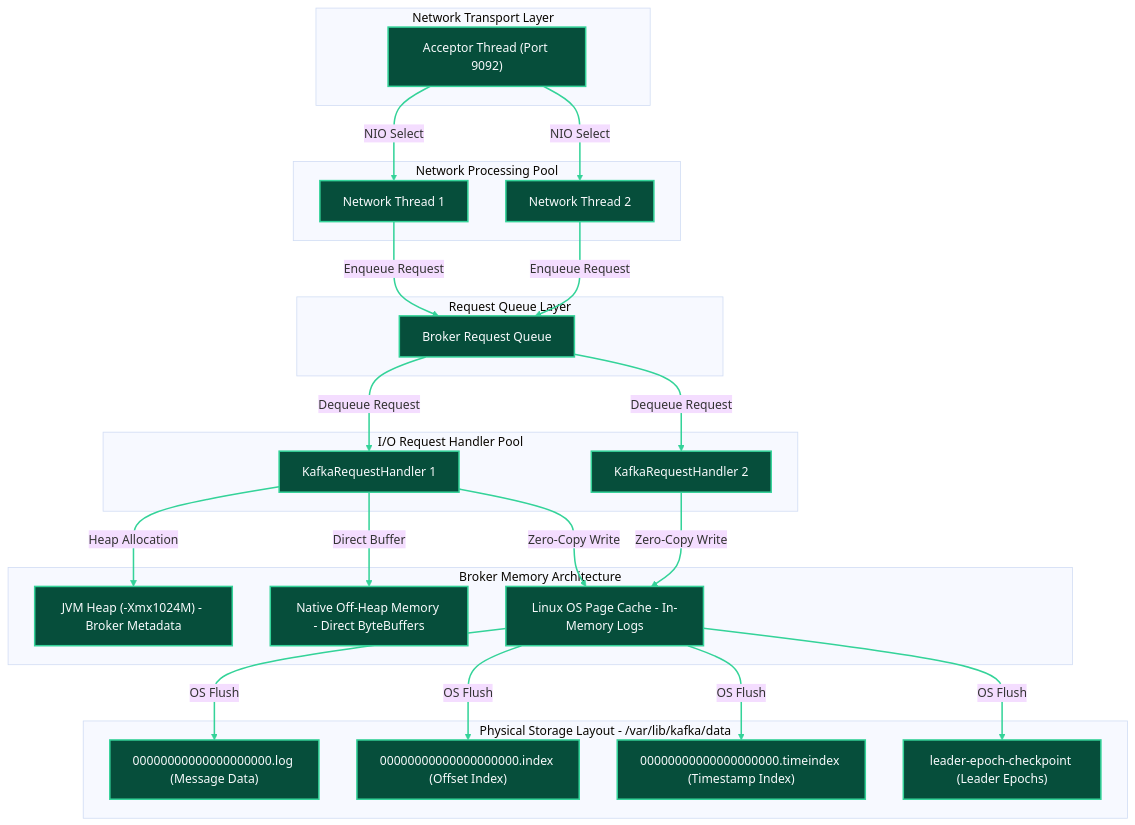
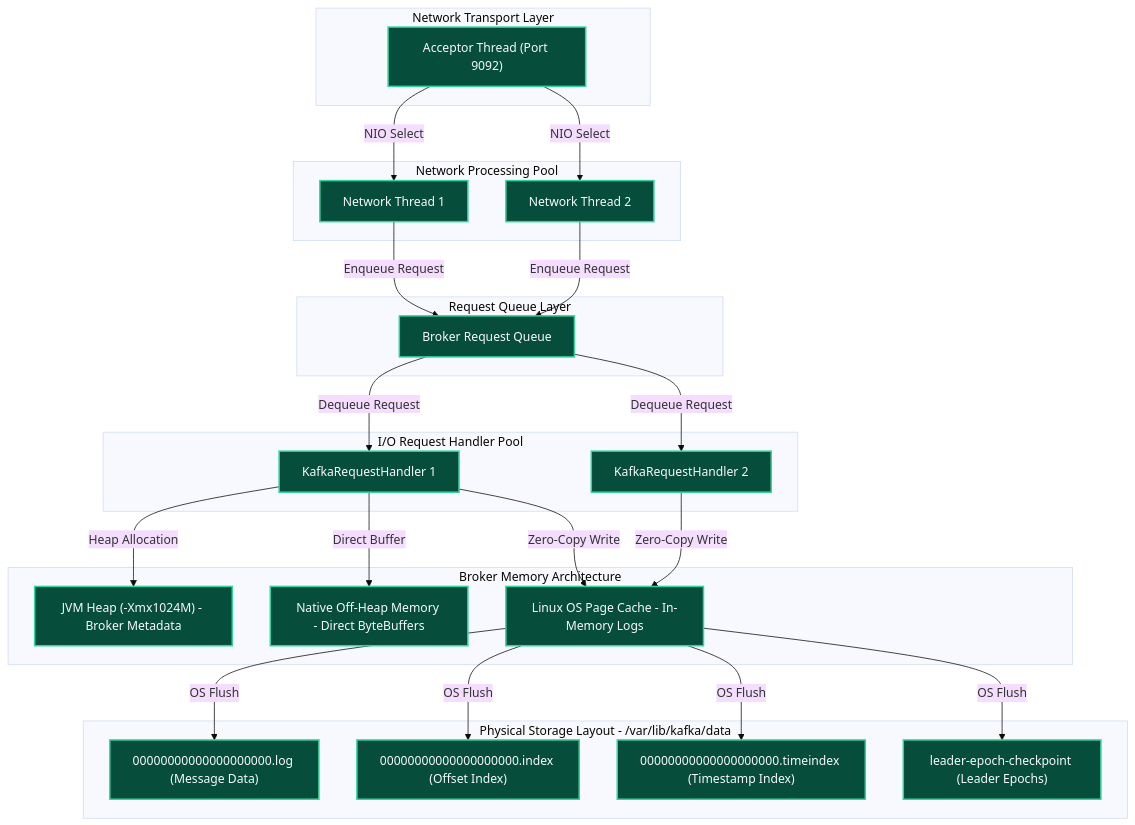
One commit to Chief-Strategist-J/llm-obs-infra changed the fourth of 24 diagrams in docs/configDoc/kafka-configuration-guide.md. Above: the diagram before and after it, drawn with Mermaid (base theme). The commit also changed other lines of this file, not shown here.

Commit message:
fix(kafka-docs): remove linkStyle directives and replace ampersands in Mermaid diagrams to eliminate GitHub rendering crashes

````diff
--- a/docs/configDoc/kafka-configuration-guide.md
+++ b/docs/configDoc/kafka-configuration-guide.md
@@ -558,68 +545,66 @@
 ```mermaid
 graph TB
     subgraph AcceptorLayer ["Network Transport Layer"]
         Acceptor["Acceptor Thread (Port 9092)"]
     end
 
     subgraph NetworkThreadPool ["Network Processing Pool"]
         NetThread1["Network Thread 1"]
         NetThread2["Network Thread 2"]
     end
 
     subgraph RequestQueueLayer ["Request Queue Layer"]
         RequestQueue["Broker Request Queue"]
     end
 
     subgraph HandlerThreadPool ["I/O Request Handler Pool"]
         IOThread1["KafkaRequestHandler 1"]
         IOThread2["KafkaRequestHandler 2"]
     end
 
     subgraph MemoryArchitecture ["Broker Memory Architecture"]
         JVMHeap["JVM Heap (-Xmx1024M) - Broker Metadata"]
         NativeMem["Native Off-Heap Memory - Direct ByteBuffers"]
         PageCache["Linux OS Page Cache - In-Memory Logs"]
     end
 
     subgraph StorageLayout ["Physical Storage Layout - /var/lib/kafka/data"]
         LogFile["00000000000000000000.log (Message Data)"]
         IndexFile["00000000000000000000.index (Offset Index)"]
         TimeIndex["00000000000000000000.timeindex (Timestamp Index)"]
         EpochFile["leader-epoch-checkpoint (Leader Epochs)"]
     end
 
     Acceptor -->|NIO Select| NetThread1
     Acceptor -->|NIO Select| NetThread2
 
     NetThread1 -->|Enqueue Request| RequestQueue
     NetThread2 -->|Enqueue Request| RequestQueue
 
     RequestQueue -->|Dequeue Request| IOThread1
     RequestQueue -->|Dequeue Request| IOThread2
 
     IOThread1 -->|Heap Allocation| JVMHeap
     IOThread1 -->|Direct Buffer| NativeMem
     IOThread1 -->|Zero-Copy Write| PageCache
     IOThread2 -->|Zero-Copy Write| PageCache
 
     PageCache -->|OS Flush| LogFile
     PageCache -->|OS Flush| IndexFile
     PageCache -->|OS Flush| TimeIndex
     PageCache -->|OS Flush| EpochFile
 
     style Acceptor fill:#064e3b,stroke:#34d399,stroke-width:2px,color:#f8fafc
     style NetThread1 fill:#064e3b,stroke:#34d399,stroke-width:2px,color:#f8fafc
     style NetThread2 fill:#064e3b,stroke:#34d399,stroke-width:2px,color:#f8fafc
     style RequestQueue fill:#064e3b,stroke:#34d399,stroke-width:2px,color:#f8fafc
     style IOThread1 fill:#064e3b,stroke:#34d399,stroke-width:2px,color:#f8fafc
     style IOThread2 fill:#064e3b,stroke:#34d399,stroke-width:2px,color:#f8fafc
     style JVMHeap fill:#064e3b,stroke:#34d399,stroke-width:2px,color:#f8fafc
     style NativeMem fill:#064e3b,stroke:#34d399,stroke-width:2px,color:#f8fafc
     style PageCache fill:#064e3b,stroke:#34d399,stroke-width:2px,color:#f8fafc
     style LogFile fill:#064e3b,stroke:#34d399,stroke-width:2px,color:#f8fafc
     style IndexFile fill:#064e3b,stroke:#34d399,stroke-width:2px,color:#f8fafc
     style TimeIndex fill:#064e3b,stroke:#34d399,stroke-width:2px,color:#f8fafc
     style EpochFile fill:#064e3b,stroke:#34d399,stroke-width:2px,color:#f8fafc
-
-    linkStyle 0,1,2,3,4,5,6,7,8,9,10,11,12,13 stroke:#34d399,stroke-width:2px;
 ```
````
